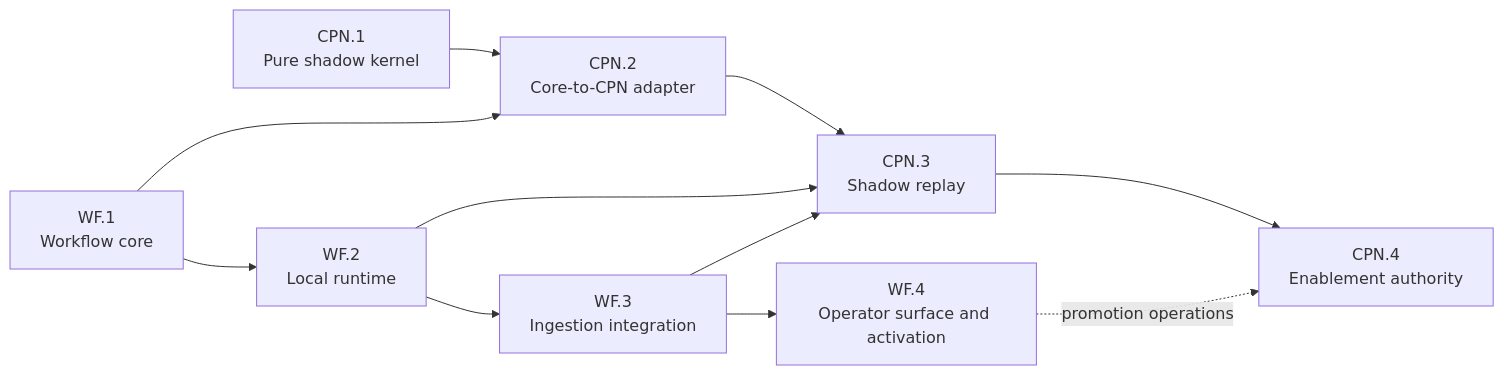
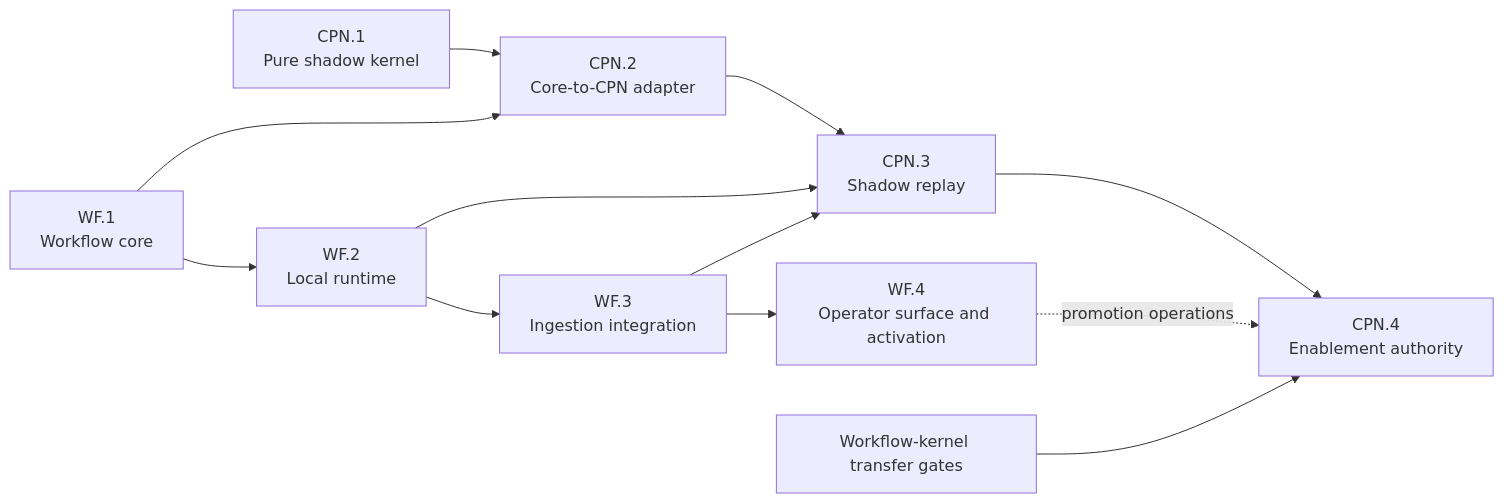
Before and after one commit to eragasa/projectkoios: the first of 7 diagrams in docs/adr.20260920.workflow-and-cpn-development-tracks.md, drawn with Mermaid. The commit also changed other lines of this file, not shown here.

Commit message:
docs: gate CPN authority on workflow transfer

````diff
--- a/docs/adr.20260920.workflow-and-cpn-development-tracks.md
+++ b/docs/adr.20260920.workflow-and-cpn-development-tracks.md
@@ -51,15 +51,16 @@
 ```mermaid
 flowchart LR
     WF1[WF.1<br/>Workflow core] --> WF2[WF.2<br/>Local runtime]
     WF2 --> WF3[WF.3<br/>Ingestion integration]
     WF3 --> WF4[WF.4<br/>Operator surface and activation]
 
     CPN1[CPN.1<br/>Pure shadow kernel] --> CPN2[CPN.2<br/>Core-to-CPN adapter]
     CPN2 --> CPN3[CPN.3<br/>Shadow replay]
     CPN3 --> CPN4[CPN.4<br/>Enablement authority]
 
     WF1 --> CPN2
     WF2 --> CPN3
     WF3 --> CPN3
     WF4 -. promotion operations .-> CPN4
+    TRANSFER[Workflow-kernel transfer gates] --> CPN4
 ```
````
